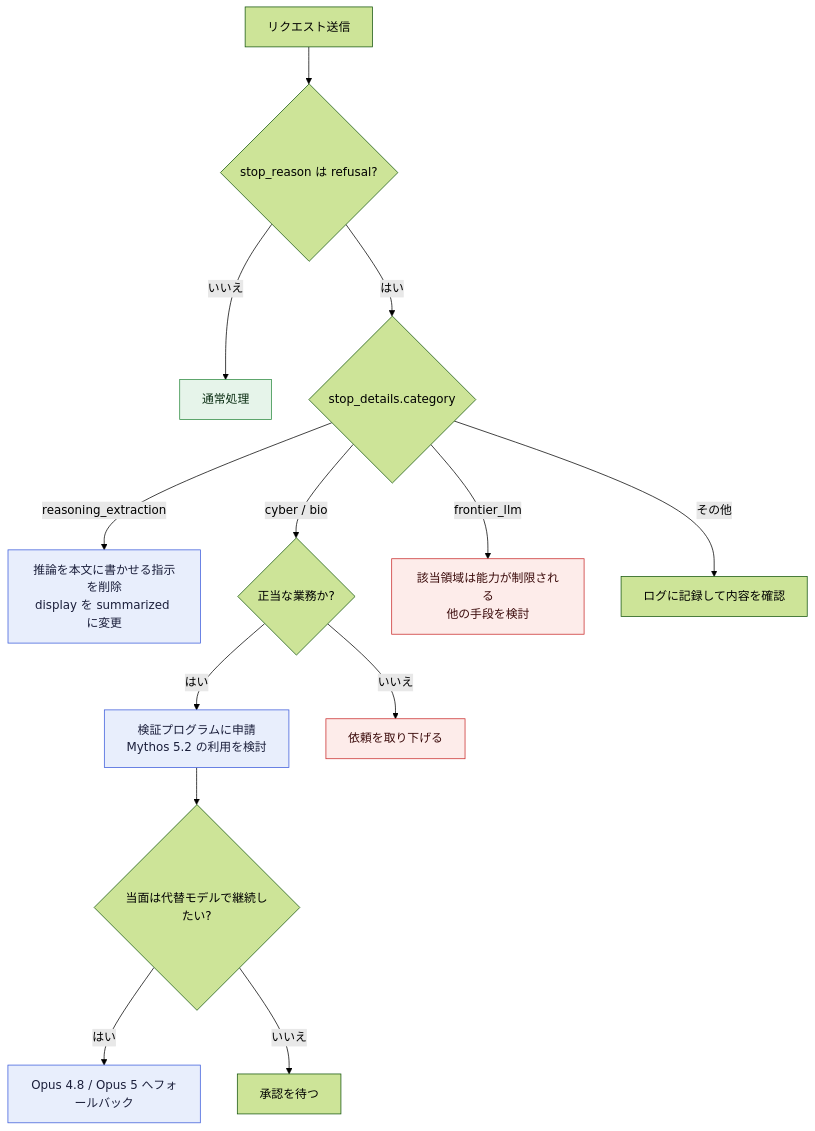
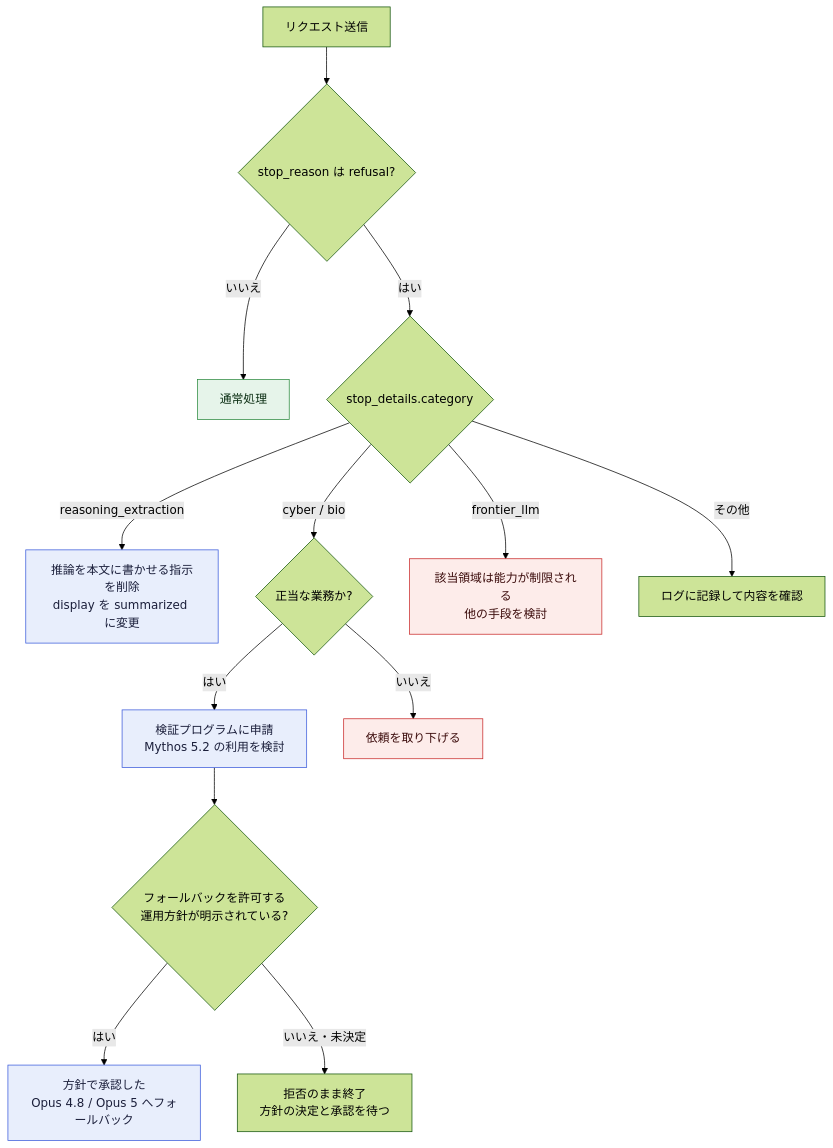
Before and after one commit to myoshi2891/Comparison-of-LLMs: the eighth of 10 diagrams in archive/md/Anthropic/Claude-fable-5-2-best-practices-guide.md, drawn with Mermaid (forest theme). The commit also changed other lines of this file and 6 other files, not shown here.

````diff
--- a/archive/md/Anthropic/Claude-fable-5-2-best-practices-guide.md
+++ b/archive/md/Anthropic/Claude-fable-5-2-best-practices-guide.md
@@ -1231,22 +1234,22 @@
 ```mermaid
 flowchart TD
     REQ["リクエスト送信"] --> RESP{"stop_reason は refusal?"}
     RESP -- "いいえ" --> OK["通常処理"]
     RESP -- "はい" --> CAT{"stop_details.category"}
     CAT -- "reasoning_extraction" --> RE["推論を本文に書かせる指示を削除<br/>display を summarized に変更"]
     CAT -- "cyber / bio" --> LEGIT{"正当な業務か?"}
     LEGIT -- "はい" --> VERIFY["検証プログラムに申請<br/>Mythos 5.2 の利用を検討"]
     LEGIT -- "いいえ" --> STOP["依頼を取り下げる"]
     CAT -- "frontier_llm" --> LIMIT["該当領域は能力が制限される<br/>他の手段を検討"]
     CAT -- "その他" --> LOG["ログに記録して内容を確認"]
-    VERIFY --> FB{"当面は代替モデルで継続したい?"}
-    FB -- "はい" --> FALLBACK["Opus 4.8 / Opus 5 へフォールバック"]
-    FB -- "いいえ" --> WAIT["承認を待つ"]
+    VERIFY --> FB{"フォールバックを許可する<br/>運用方針が明示されている?"}
+    FB -- "はい" --> FALLBACK["方針で承認した<br/>Opus 4.8 / Opus 5 へフォールバック"]
+    FB -- "いいえ・未決定" --> WAIT["拒否のまま終了<br/>方針の決定と承認を待つ"]
 
     classDef ok fill:#e6f4ea,stroke:#2b8a3e,color:#0b2e13
     classDef ng fill:#fdecea,stroke:#c92a2a,color:#3b0b0b
     classDef main fill:#e8eefc,stroke:#3b5bdb,color:#1b1f3b
     class OK ok
     class STOP,LIMIT ng
     class FALLBACK,VERIFY,RE main
 ```
````
